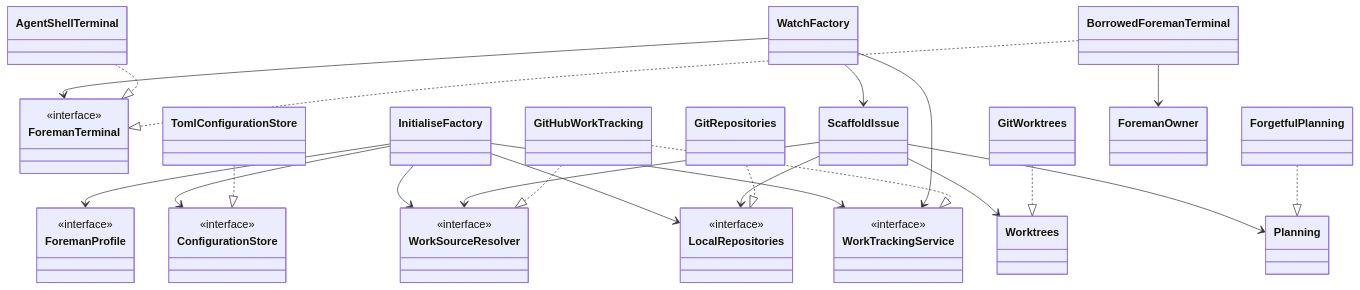
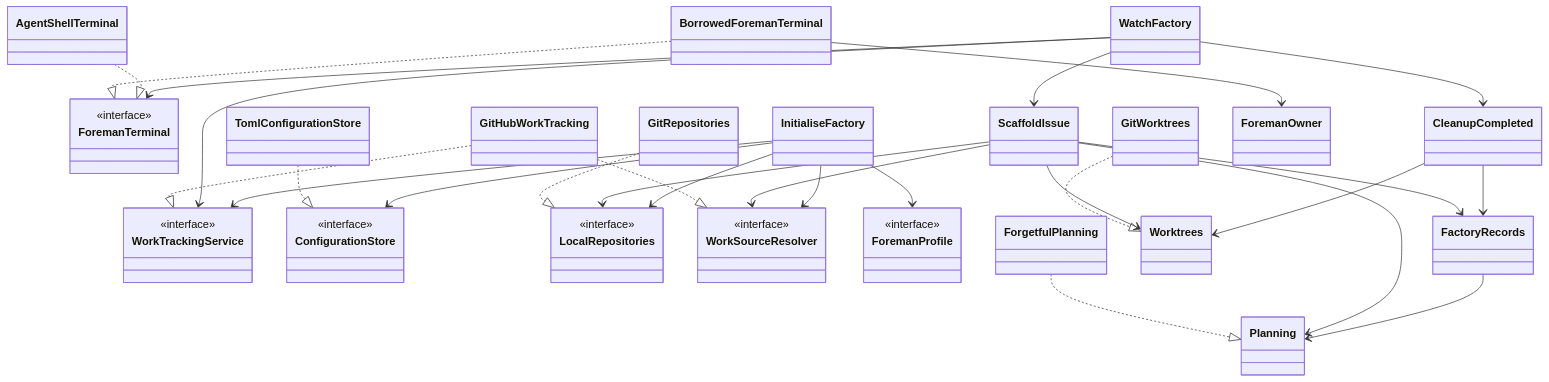
The diagram in docs/architecture.md (ScottRBK/factory), drawn with Mermaid before and after one commit. The commit also changed other lines of this file and 55 other files, not shown here.

First line of the commit message:
feat: add completion agreements and completed-plan cleanup

````diff
--- a/docs/architecture.md
+++ b/docs/architecture.md
@@ -105,43 +109,48 @@
 ```mermaid
 classDiagram
     direction TB
     class WorkTrackingService {
         <<interface>>
     }
     class ConfigurationStore {
         <<interface>>
     }
     class LocalRepositories {
         <<interface>>
     }
     class WorkSourceResolver {
         <<interface>>
     }
     class ForemanTerminal {
         <<interface>>
     }
     class ForemanProfile {
         <<interface>>
     }
     InitialiseFactory --> WorkTrackingService
     InitialiseFactory --> ConfigurationStore
     InitialiseFactory --> LocalRepositories
     InitialiseFactory --> WorkSourceResolver
     InitialiseFactory --> ForemanProfile
     WatchFactory --> WorkTrackingService
     WatchFactory --> ForemanTerminal
     WatchFactory --> ScaffoldIssue
+    WatchFactory --> CleanupCompleted
+    CleanupCompleted --> FactoryRecords
+    CleanupCompleted --> Worktrees
+    ScaffoldIssue --> FactoryRecords
+    FactoryRecords --> Planning
     ScaffoldIssue --> Planning
     ScaffoldIssue --> Worktrees
     ScaffoldIssue --> LocalRepositories
     ScaffoldIssue --> WorkSourceResolver
     ForgetfulPlanning ..|> Planning
     GitWorktrees ..|> Worktrees
     GitHubWorkTracking ..|> WorkTrackingService
     GitHubWorkTracking ..|> WorkSourceResolver
     TomlConfigurationStore ..|> ConfigurationStore
     GitRepositories ..|> LocalRepositories
     AgentShellTerminal ..|> ForemanTerminal
     BorrowedForemanTerminal ..|> ForemanTerminal
     BorrowedForemanTerminal --> ForemanOwner
 ```
````
